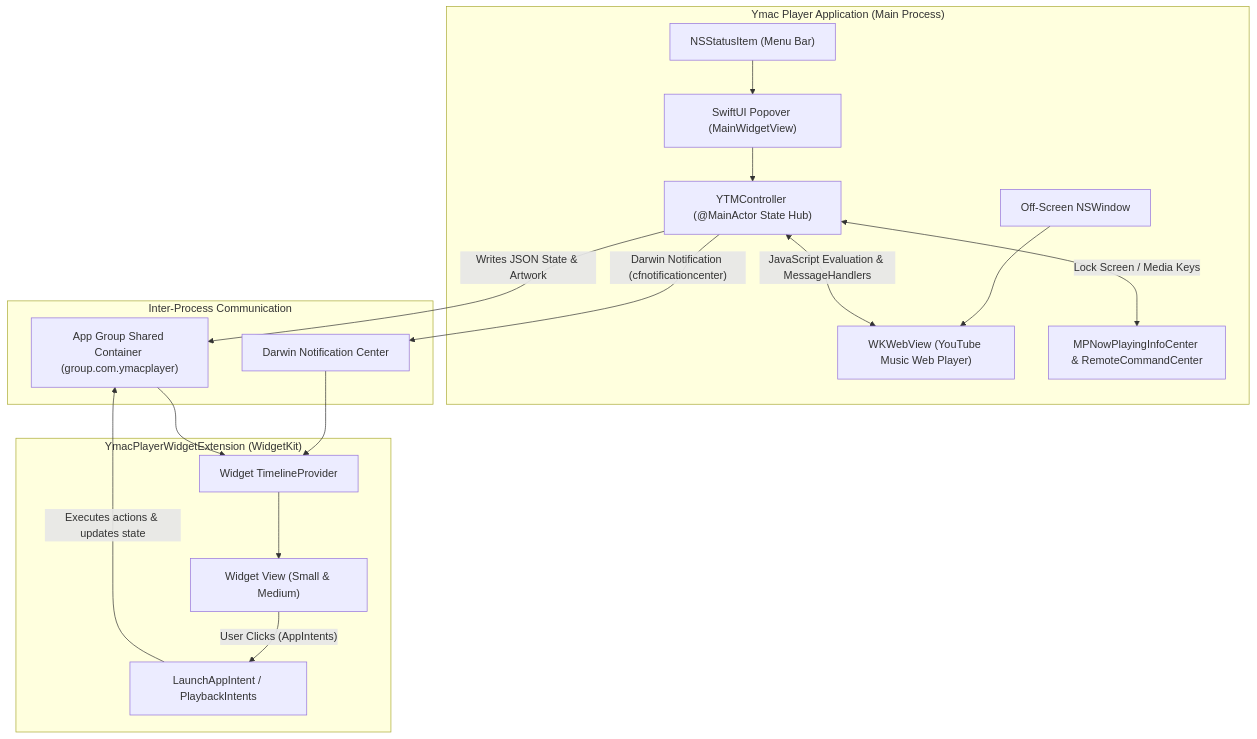
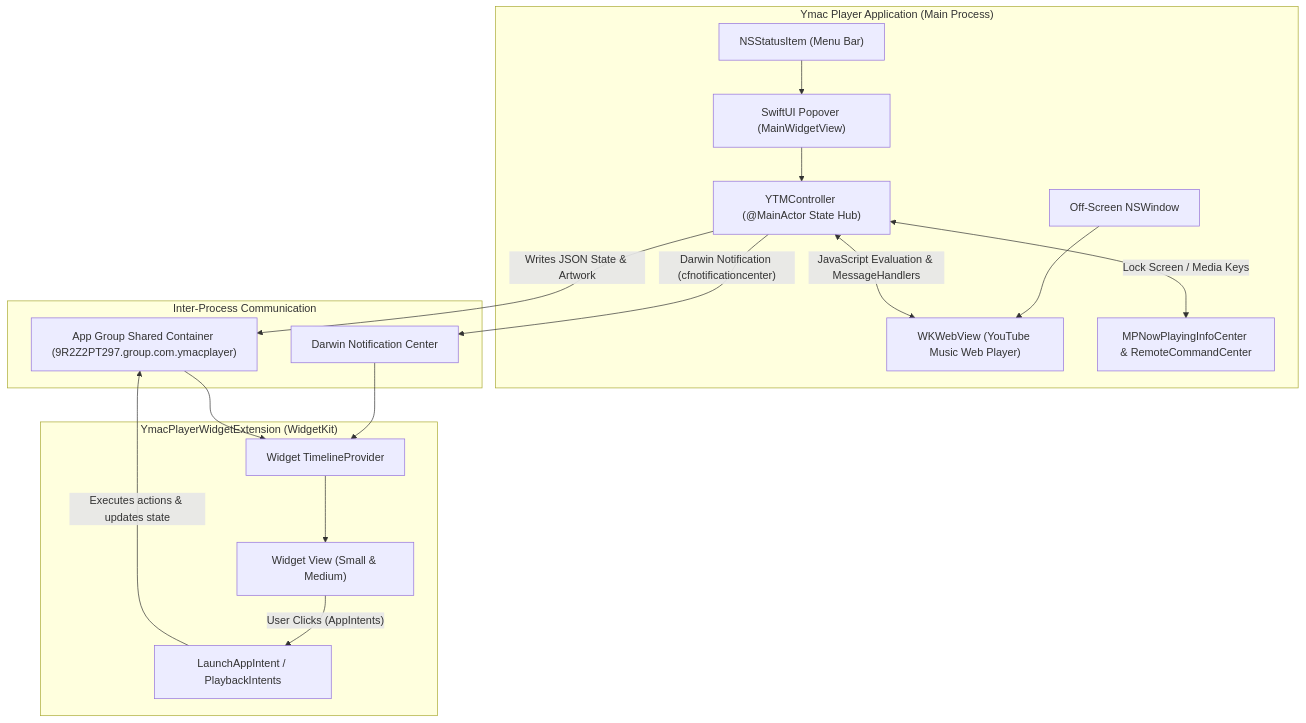
Before and after one commit to vbazavliuk/YmacPlayer: the diagram in README.md, drawn with Mermaid. The commit also changed other lines of this file and 23 other files, not shown here.

````diff
--- a/README.md
+++ b/README.md
@@ -223,23 +223,23 @@
 ```mermaid
 flowchart TD
     subgraph AppProcess["Ymac Player Application (Main Process)"]
         MB["NSStatusItem (Menu Bar)"] --> UI["SwiftUI Popover (MainWidgetView)"]
         UI --> Ctrl["YTMController (@MainActor State Hub)"]
         BG["Off-Screen NSWindow"] --> WV["WKWebView (YouTube Music Web Player)"]
         Ctrl <--> |"JavaScript Evaluation & MessageHandlers"| WV
         Ctrl <--> |"Lock Screen / Media Keys"| MP["MPNowPlayingInfoCenter & RemoteCommandCenter"]
     end
 
     subgraph IPC["Inter-Process Communication"]
-        Ctrl --> |"Writes JSON State & Artwork"| AG["App Group Shared Container (group.com.ymacplayer)"]
+        Ctrl --> |"Writes JSON State & Artwork"| AG["App Group Shared Container (9R2Z2PT297.group.com.ymacplayer)"]
         Ctrl --> |"Darwin Notification (cfnotificationcenter)"| DN["Darwin Notification Center"]
     end
 
     subgraph WidgetProcess["YmacPlayerWidgetExtension (WidgetKit)"]
         DN --> WP["Widget TimelineProvider"]
         AG --> WP
         WP --> WUI["Widget View (Small & Medium)"]
         WUI --> |"User Clicks (AppIntents)"| INT["LaunchAppIntent / PlaybackIntents"]
         INT --> |"Executes actions & updates state"| AG
     end
 ```
````
